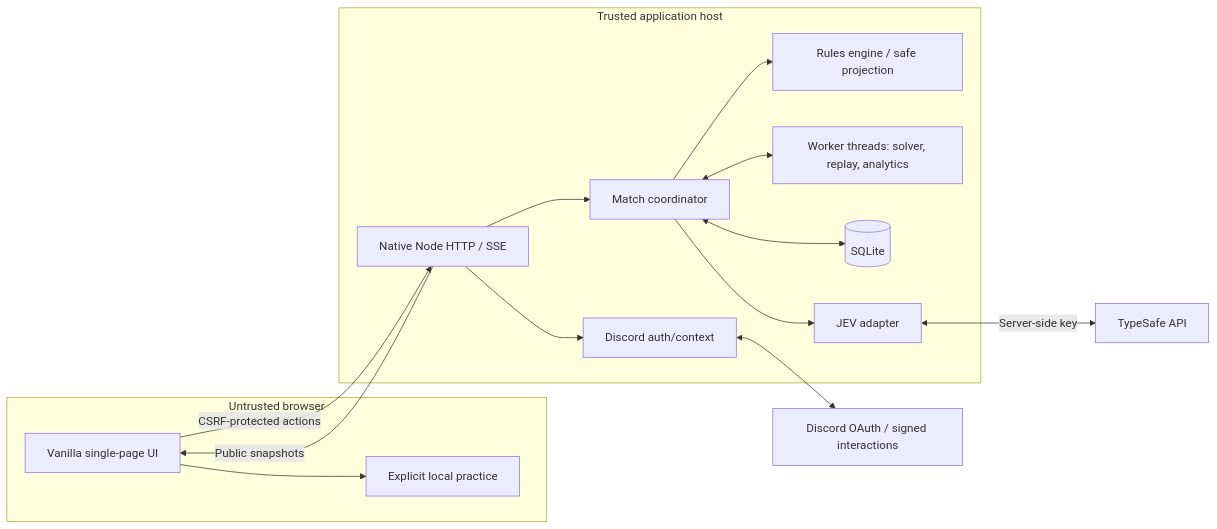
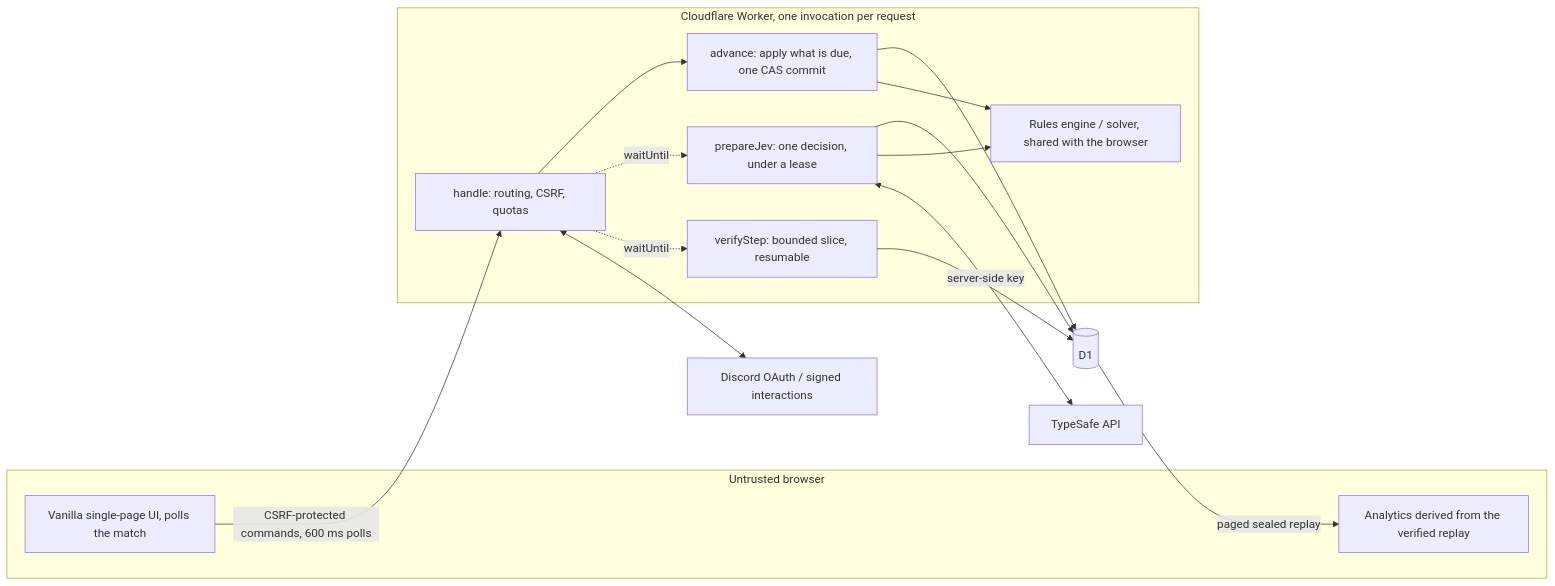
The second of 4 diagrams in docs/ARCHITECTURE.md (jevplays-games/jev-minesweeper), drawn with Mermaid before and after one commit. The commit also changed other lines of this file and 75 other files, not shown here.

First line of the commit message:
Host on Cloudflare Workers Free + D1: lazy scheduling, bounded CPU, worker-first handler

````diff
--- a/docs/ARCHITECTURE.md
+++ b/docs/ARCHITECTURE.md
@@ -40,27 +42,24 @@
 ```mermaid
 flowchart LR
   subgraph B[Untrusted browser]
-    U[Vanilla single-page UI]
-    P[Explicit local practice]
+    U[Vanilla single-page UI, polls the match]
+    A[Analytics derived from the verified replay]
   end
-  subgraph T[Trusted application host]
-    H[Native Node HTTP / SSE]
-    M[Match coordinator]
-    E[Rules engine / safe projection]
-    W[Worker threads: solver, replay, analytics]
-    D[(SQLite)]
-    A[JEV adapter]
-    O[Discord auth/context]
+  subgraph W[Cloudflare Worker, one invocation per request]
+    H[handle: routing, CSRF, quotas]
+    M[advance: apply what is due, one CAS commit]
+    P[prepareJev: one decision, under a lease]
+    V[verifyStep: bounded slice, resumable]
+    E[Rules engine / solver, shared with the browser]
   end
-  U -->|CSRF-protected actions| H
-  H -->|Public snapshots| U
-  H --> M
+  D[(D1)]
+  U -->|CSRF-protected commands, 600 ms polls| H
+  H --> M --> D
+  H -. waitUntil .-> P --> D
+  H -. waitUntil .-> V --> D
   M --> E
-  M <--> D
-  M <--> W
-  M --> A
-  A <-->|Server-side key| J[TypeSafe API]
-  H --> O
-  O <--> X[Discord OAuth / signed interactions]
-  U --> P
+  P --> E
+  P <-->|server-side key| J[TypeSafe API]
+  H <--> O[Discord OAuth / signed interactions]
+  D -->|paged sealed replay| A
 ```
````
